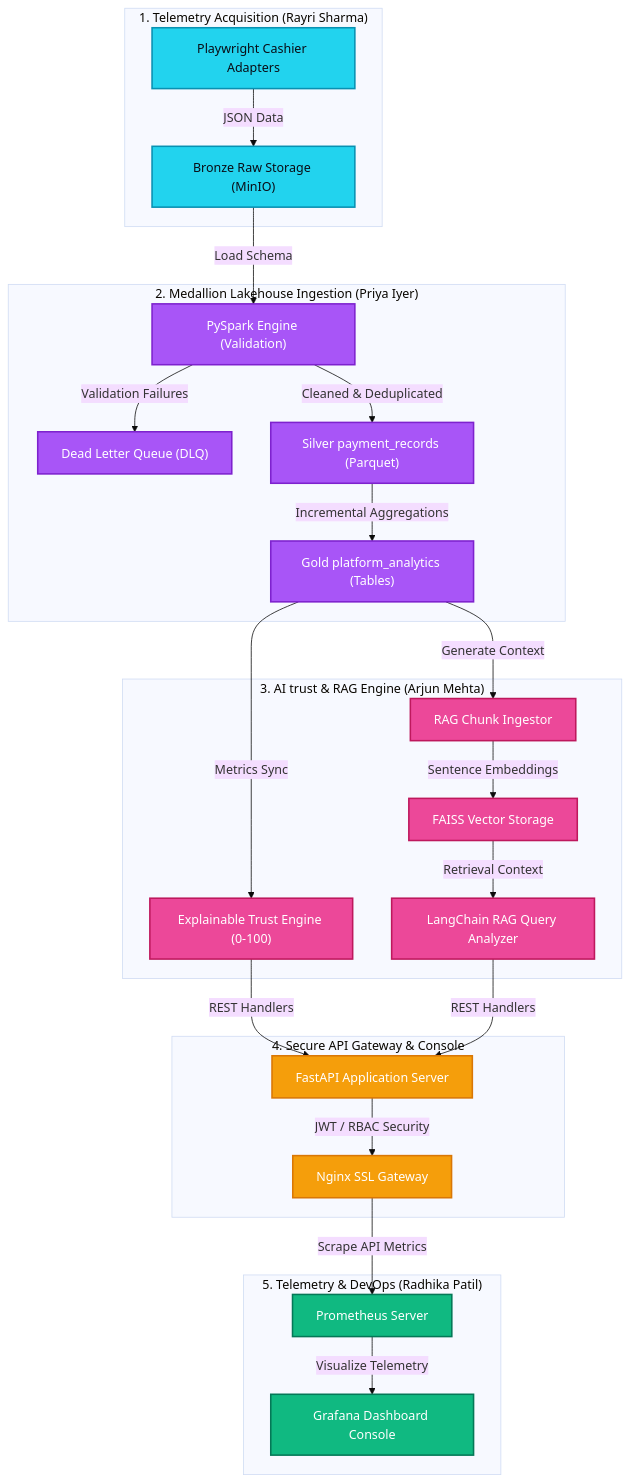
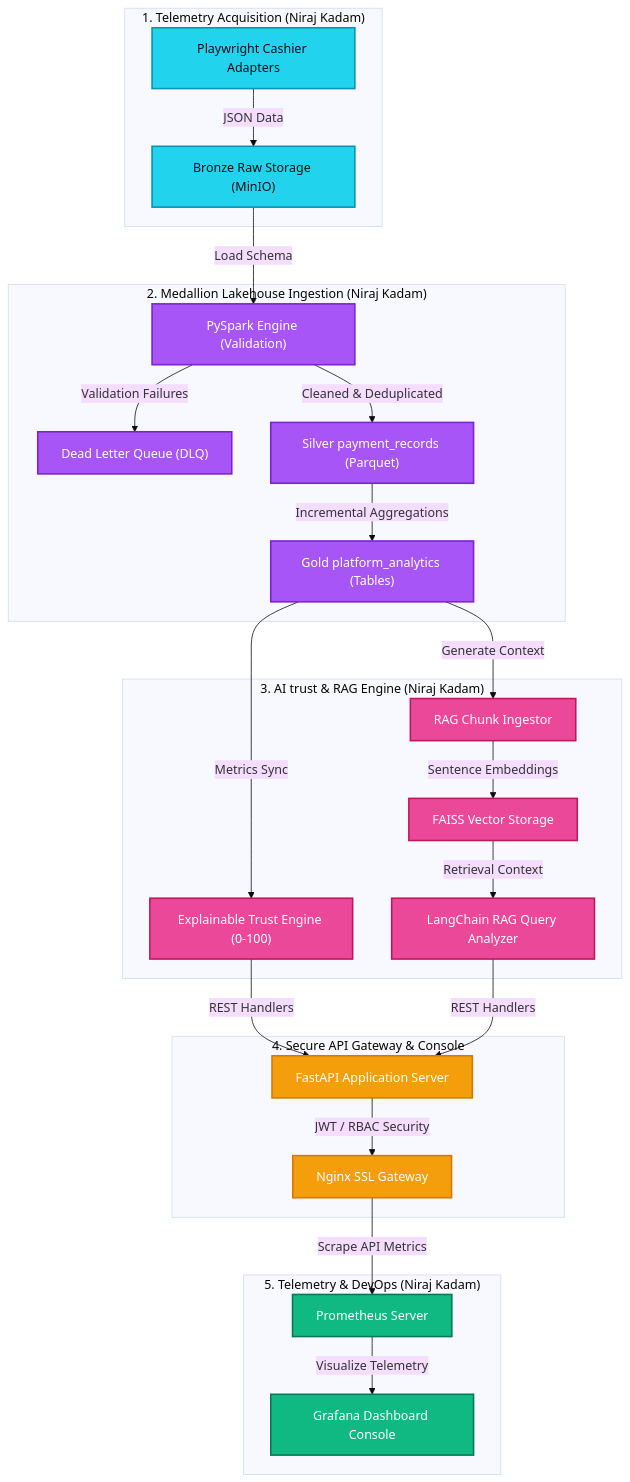
Before and after one commit to 957908/Multi-Agent-AI-Data-Lakehouse-Platform-for-Betting-App-Analysis: the diagram in docs/README.md, drawn with Mermaid (base theme). The commit also changed 96 other files, not shown here.

Commit message:
docs: replace developer names with Niraj Kadam in credits and source code

````diff
--- a/docs/README.md
+++ b/docs/README.md
@@ -15,47 +15,47 @@
 ```mermaid
 graph TD
     %% Styling Definitions
     classDef acquisition fill:#22d3ee,stroke:#0891b2,stroke-width:2px,color:#090d16;
     classDef lakehouse fill:#a855f7,stroke:#7e22ce,stroke-width:2px,color:#fff;
     classDef aiEngine fill:#ec4899,stroke:#be185d,stroke-width:2px,color:#fff;
     classDef apiLayer fill:#f59e0b,stroke:#d97706,stroke-width:2px,color:#fff;
     classDef monitor fill:#10b981,stroke:#047857,stroke-width:2px,color:#fff;
 
     %% Data Acquisition Layer
-    subgraph Layer1 ["1. Telemetry Acquisition (Rayri Sharma)"]
+    subgraph Layer1 ["1. Telemetry Acquisition (Niraj Kadam)"]
         ScraperAdapter["Playwright Cashier Adapters"] --> |JSON Data| BronzeBucket["Bronze Raw Storage (MinIO)"]
     end
     class ScraperAdapter,BronzeBucket acquisition;
 
     %% Data Lakehouse Layer
-    subgraph Layer2 ["2. Medallion Lakehouse Ingestion (Priya Iyer)"]
+    subgraph Layer2 ["2. Medallion Lakehouse Ingestion (Niraj Kadam)"]
         BronzeBucket --> |Load Schema| SparkETL["PySpark Engine (Validation)"]
         SparkETL --> |Validation Failures| DLQ["Dead Letter Queue (DLQ)"]
         SparkETL --> |Cleaned & Deduplicated| SilverBucket["Silver payment_records (Parquet)"]
         SilverBucket --> |Incremental Aggregations| GoldBucket["Gold platform_analytics (Tables)"]
     end
     class SparkETL,DLQ,SilverBucket,GoldBucket lakehouse;
 
     %% AI & Intelligence Layer
-    subgraph Layer3 ["3. AI trust & RAG Engine (Arjun Mehta)"]
+    subgraph Layer3 ["3. AI trust & RAG Engine (Niraj Kadam)"]
         GoldBucket --> |Metrics Sync| TrustEngine["Explainable Trust Engine (0-100)"]
         GoldBucket --> |Generate Context| DocumentIngest["RAG Chunk Ingestor"]
         DocumentIngest --> |Sentence Embeddings| FAISSDB["FAISS Vector Storage"]
         FAISSDB --> |Retrieval Context| RAGSearch["LangChain RAG Query Analyzer"]
     end
     class TrustEngine,DocumentIngest,FAISSDB,RAGSearch aiEngine;
 
     %% REST API Layer
     subgraph Layer4 ["4. Secure API Gateway & Console"]
         TrustEngine & RAGSearch --> |REST Handlers| FastAPIServer["FastAPI Application Server"]
         FastAPIServer --> |JWT / RBAC Security| GatewayProxy["Nginx SSL Gateway"]
     end
     class FastAPIServer,GatewayProxy apiLayer;
 
     %% Observability Layer
-    subgraph Layer5 ["5. Telemetry & DevOps (Radhika Patil)"]
+    subgraph Layer5 ["5. Telemetry & DevOps (Niraj Kadam)"]
         GatewayProxy --> |Scrape API Metrics| Prometheus["Prometheus Server"]
         Prometheus --> |Visualize Telemetry| Grafana["Grafana Dashboard Console"]
     end
     class Prometheus,Grafana monitor;
 ```
````
